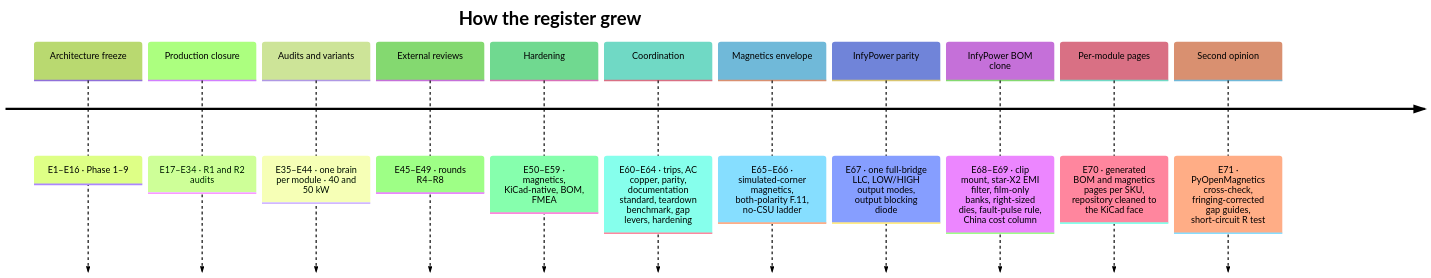
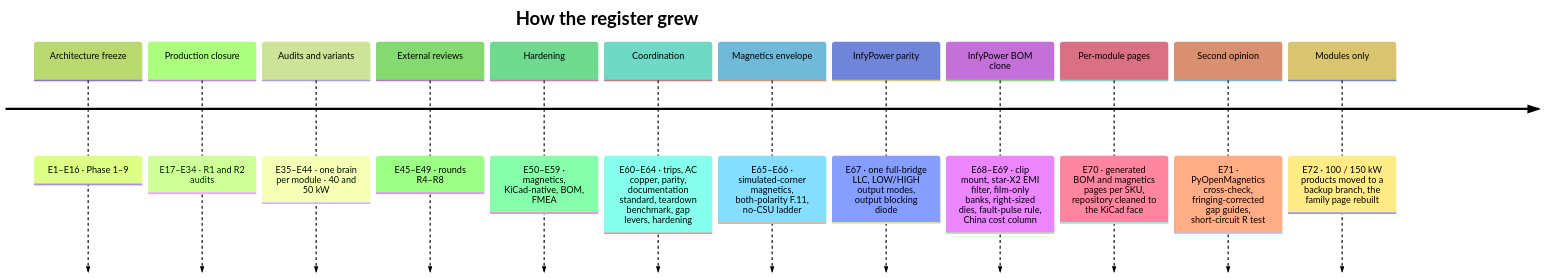
The diagram in docs/assumptions.md (vectivolt/DC-Modules), drawn with Mermaid (forest theme) before and after one commit. The commit also changed other lines of this file and 77 other files, not shown here.

First line of the commit message:
E72: main carries the 30 / 40 / 50 kW modules only; 100 / 150 kW products moved to a backup branch

````diff
--- a/docs/assumptions.md
+++ b/docs/assumptions.md
@@ -38,15 +38,16 @@
 ```mermaid
 timeline
   title How the register grew
   Architecture freeze : E1–E16 · Phase 1–9
   Production closure : E17–E34 · R1 and R2 audits
   Audits and variants : E35–E44 · one brain per module · 40 and 50 kW
   External reviews : E45–E49 · rounds R4–R8
   Hardening : E50–E59 · magnetics, KiCad-native, BOM, FMEA
   Coordination : E60–E64 · trips, AC copper, parity, documentation standard, teardown benchmark, gap levers, hardening
   Magnetics envelope : E65–E66 · simulated-corner magnetics, both-polarity F.11, no-CSU ladder
   InfyPower parity : E67 · one full-bridge LLC, LOW/HIGH output modes, output blocking diode
   InfyPower BOM clone : E68–E69 · clip mount, star-X2 EMI filter, film-only banks, right-sized dies, fault-pulse rule, China cost column
   Per-module pages : E70 · generated BOM and magnetics pages per SKU, repository cleaned to the KiCad face
   Second opinion : E71 · PyOpenMagnetics cross-check, fringing-corrected gap guides, short-circuit R test
+  Modules only : E72 · 100 / 150 kW products moved to a backup branch, the family page rebuilt
 ```
````
